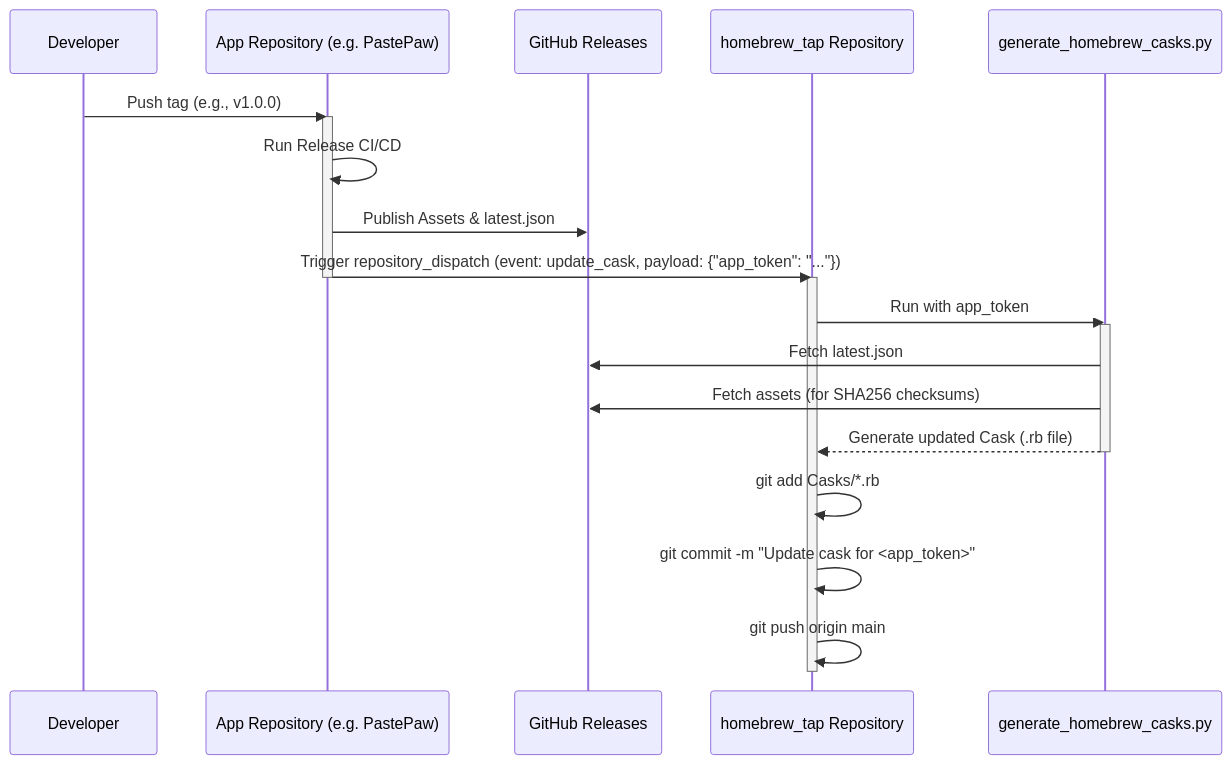
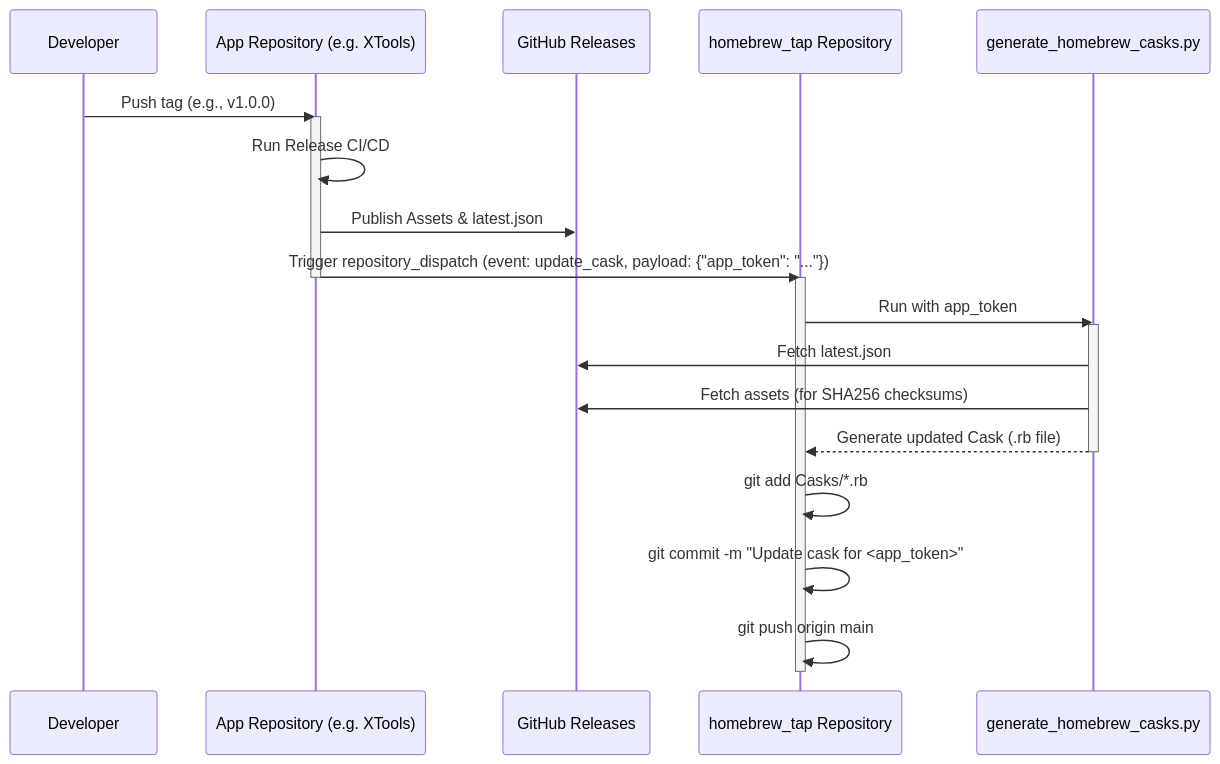
One commit to XueshiQiao/homebrew-tap changed the diagram in PIPELINE.md. Above: the diagram before and after it, drawn with Mermaid. The commit also changed other lines of this file and 5 other files, not shown here.

````diff
--- a/PIPELINE.md
+++ b/PIPELINE.md
@@ -15,28 +15,28 @@
 ```mermaid
 sequenceDiagram
     participant Dev as Developer
-    participant AppRepo as App Repository (e.g. PastePaw)
+    participant AppRepo as App Repository (e.g. XTools)
     participant GHRelease as GitHub Releases
     participant TapRepo as homebrew_tap Repository
     participant CaskScript as generate_homebrew_casks.py
 
     Dev->>AppRepo: Push tag (e.g., v1.0.0)
     activate AppRepo
     AppRepo->>AppRepo: Run Release CI/CD
     AppRepo->>GHRelease: Publish Assets & latest.json
     AppRepo->>TapRepo: Trigger repository_dispatch (event: update_cask, payload: {"app_token": "..."})
     deactivate AppRepo
     
     activate TapRepo
     TapRepo->>CaskScript: Run with app_token
     activate CaskScript
     CaskScript->>GHRelease: Fetch latest.json
     CaskScript->>GHRelease: Fetch assets (for SHA256 checksums)
     CaskScript-->>TapRepo: Generate updated Cask (.rb file)
     deactivate CaskScript
     
     TapRepo->>TapRepo: git add Casks/*.rb
     TapRepo->>TapRepo: git commit -m "Update cask for <app_token>"
     TapRepo->>TapRepo: git push origin main
     deactivate TapRepo
 ```
````
